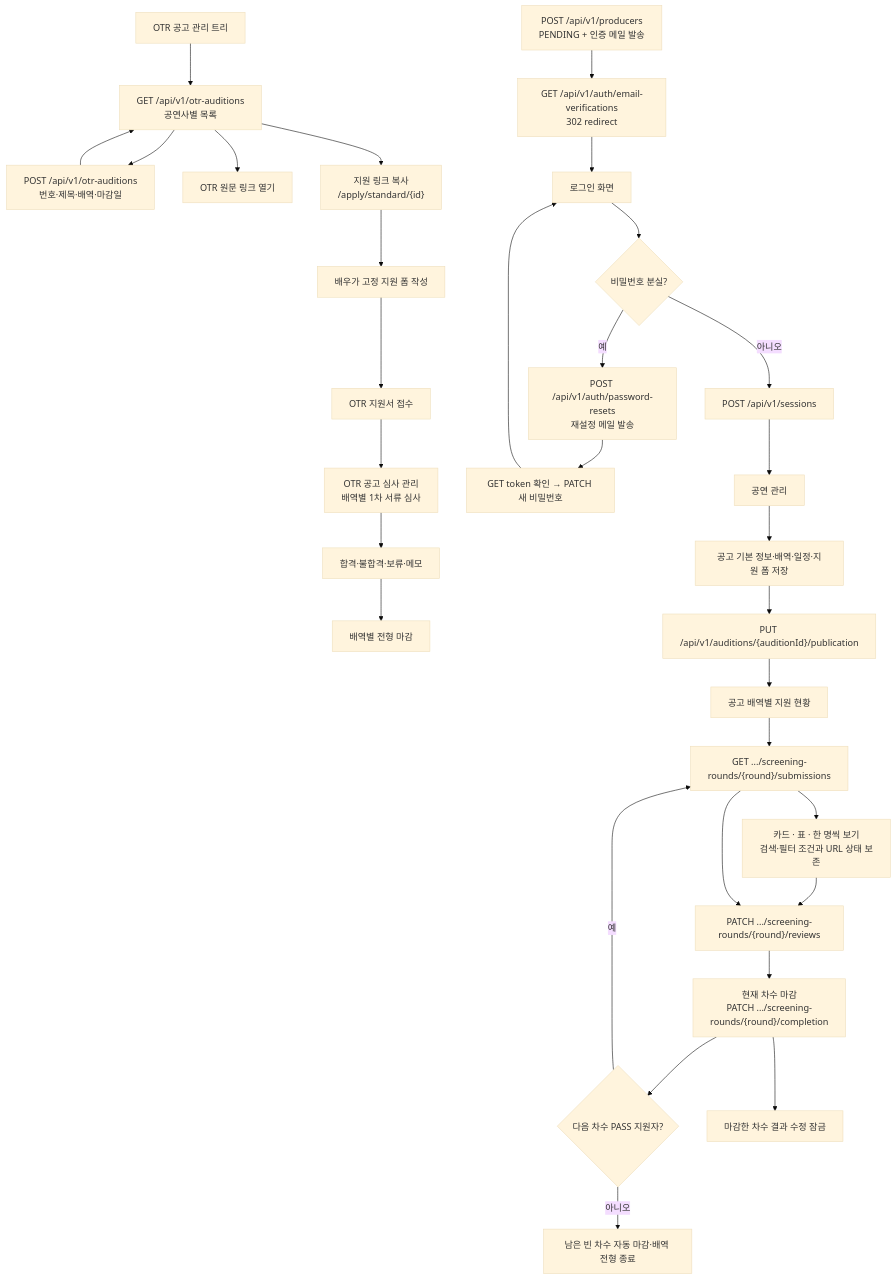
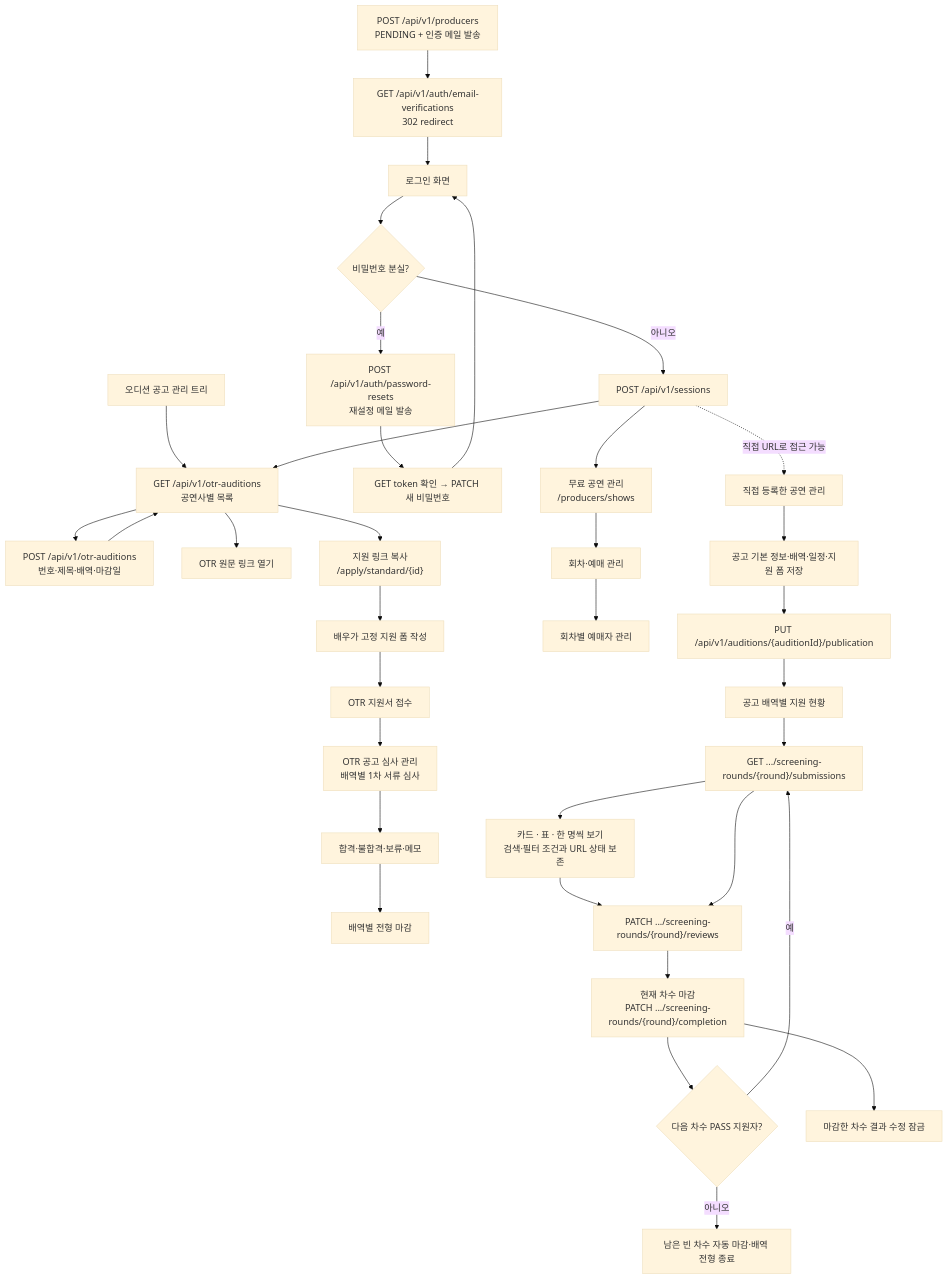
The diagram in frontend/docs/user-flows/producer.mmd (woowacourse-teams/2026-yesulin), drawn with Mermaid (base theme) before and after one commit. The commit also changed 14 other files, not shown here.

```diff
--- a/frontend/docs/user-flows/producer.mmd
+++ b/frontend/docs/user-flows/producer.mmd
@@ -1,31 +1,35 @@
 flowchart TD
-    OTR_TREE["OTR 공고 관리 트리"] --> OTR_LIST["GET /api/v1/otr-auditions<br>공연사별 목록"]
+    OTR_TREE["오디션 공고 관리 트리"] --> OTR_LIST["GET /api/v1/otr-auditions<br>공연사별 목록"]
     OTR_LIST --> OTR_CREATE["POST /api/v1/otr-auditions<br>번호·제목·배역·마감일"]
     OTR_CREATE --> OTR_LIST
     OTR_LIST --> OTR_SOURCE["OTR 원문 링크 열기"]
     OTR_LIST --> OTR_APPLY["지원 링크 복사<br>/apply/standard/{id}"]
     OTR_APPLY --> OTR_FORM["배우가 고정 지원 폼 작성"]
     OTR_FORM --> OTR_SUBMIT["OTR 지원서 접수"]
     OTR_SUBMIT --> OTR_SCREEN["OTR 공고 심사 관리<br>배역별 1차 서류 심사"]
     OTR_SCREEN --> OTR_DECIDE["합격·불합격·보류·메모"]
     OTR_DECIDE --> OTR_CLOSE["배역별 전형 마감"]
     SIGNUP["POST /api/v1/producers<br>PENDING + 인증 메일 발송"] --> VERIFY["GET /api/v1/auth/email-verifications<br>302 redirect"]
     VERIFY --> LOGIN_FORM["로그인 화면"]
     LOGIN_FORM --> FORGOT{"비밀번호 분실?"}
     FORGOT -- 예 --> RESET_MAIL["POST /api/v1/auth/password-resets<br>재설정 메일 발송"]
     RESET_MAIL --> RESET["GET token 확인 → PATCH 새 비밀번호"]
     RESET --> LOGIN_FORM
     FORGOT -- 아니오 --> LOGIN["POST /api/v1/sessions"]
-    LOGIN --> PERFORMANCE["공연 관리"]
+    LOGIN --> FREE_SHOW["무료 공연 관리<br>/producers/shows"]
+    LOGIN --> OTR_LIST
+    FREE_SHOW --> FREE_SESSION["회차·예매 관리"]
+    FREE_SESSION --> FREE_RESERVATIONS["회차별 예매자 관리"]
+    LOGIN -. "직접 URL로 접근 가능" .-> PERFORMANCE["직접 등록한 공연 관리"]
     PERFORMANCE --> AUDITION["공고 기본 정보·배역·일정·지원 폼 저장"]
     AUDITION --> PUBLISH["PUT /api/v1/auditions/{auditionId}/publication"]
     PUBLISH --> ROLE["공고 배역별 지원 현황"]
     ROLE --> BOARD["GET .../screening-rounds/{round}/submissions"]
     BOARD --> FOCUS["카드 · 표 · 한 명씩 보기\n검색·필터 조건과 URL 상태 보존"]
     FOCUS --> REVIEW
     BOARD --> REVIEW["PATCH .../screening-rounds/{round}/reviews"]
     REVIEW --> COMPLETE["현재 차수 마감<br>PATCH .../screening-rounds/{round}/completion"]
     COMPLETE --> NEXT{"다음 차수 PASS 지원자?"}
     NEXT -- 예 --> BOARD
     NEXT -- 아니오 --> LOCKED["남은 빈 차수 자동 마감·배역 전형 종료"]
     COMPLETE --> CURRENT_LOCKED["마감한 차수 결과 수정 잠금"]
```
